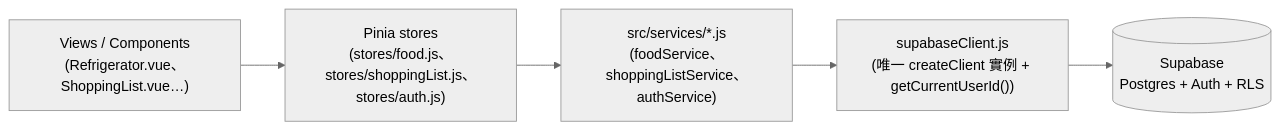
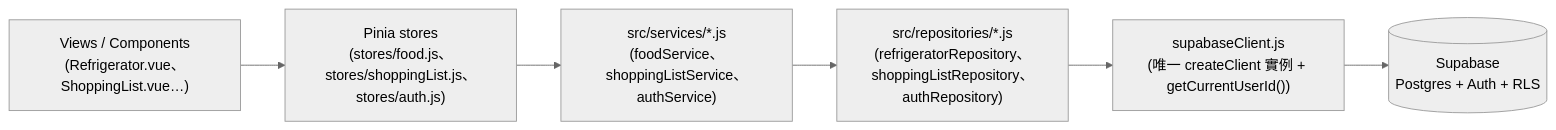
The second of 2 diagrams in documents/database.md (jamieyu0914/my-refrigerator), drawn with Mermaid (neutral theme) before and after one commit. The commit also changed other lines of this file and 12 other files, not shown here.

````diff
--- a/documents/database.md
+++ b/documents/database.md
@@ -99,7 +109,8 @@
 ```mermaid
 flowchart LR
     V["Views / Components\n(Refrigerator.vue、ShoppingList.vue…)"] --> S["Pinia stores\n(stores/food.js、stores/shoppingList.js、stores/auth.js)"]
     S --> SV["src/services/*.js\n(foodService、shoppingListService、authService)"]
-    SV --> C["supabaseClient.js\n(唯一 createClient 實例 + getCurrentUserId())"]
+    SV --> R["src/repositories/*.js\n(refrigeratorRepository、shoppingListRepository、authRepository)"]
+    R --> C["supabaseClient.js\n(唯一 createClient 實例 + getCurrentUserId())"]
     C --> DB[("Supabase\nPostgres + Auth + RLS")]
 ```
````
